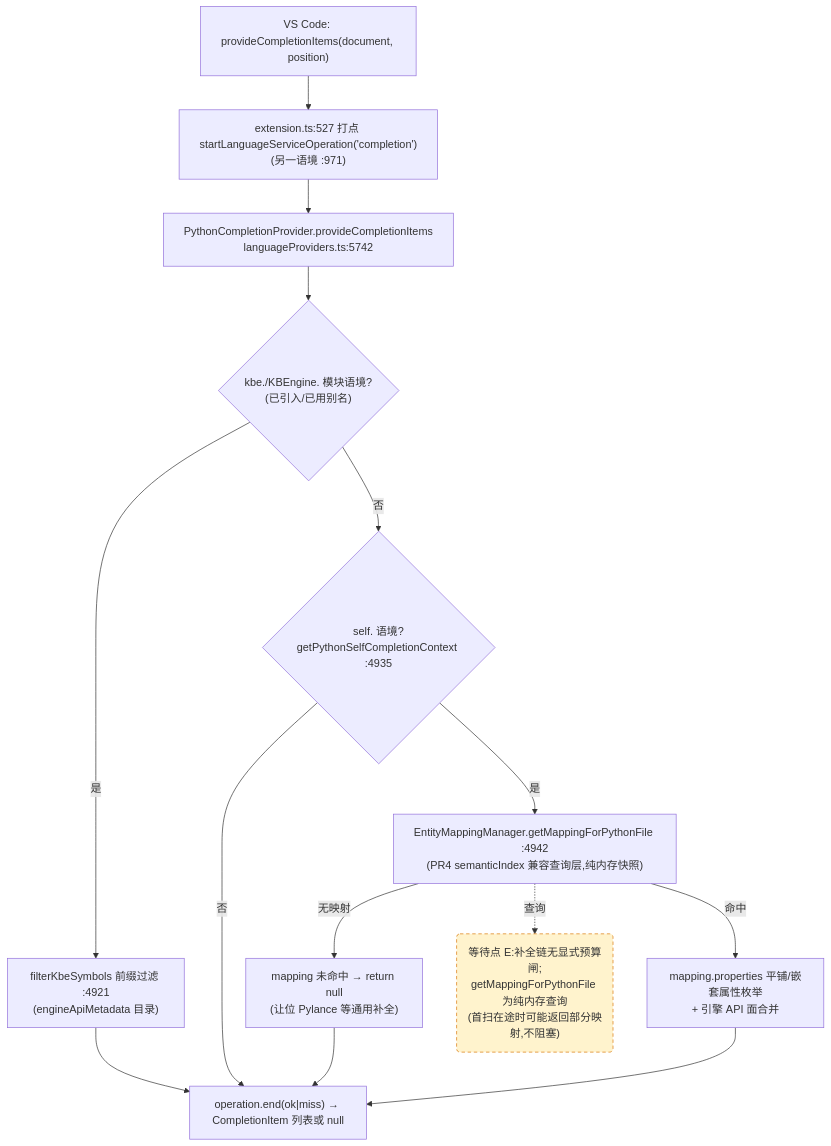
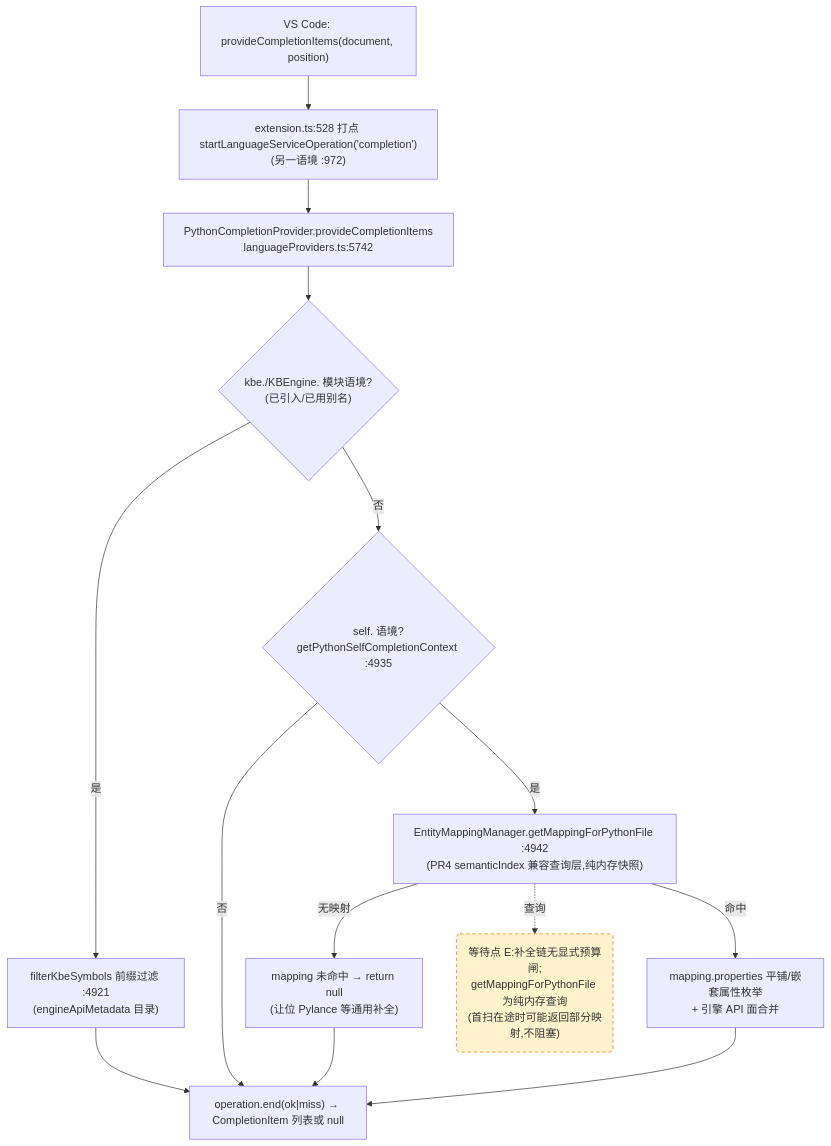
The third of 4 diagrams in docs/perf/2026-baseline.md (cuihairu/kode), drawn with Mermaid before and after one commit. The commit also changed other lines of this file and 12 other files, not shown here.

````diff
--- a/docs/perf/2026-baseline.md
+++ b/docs/perf/2026-baseline.md
@@ -184,27 +184,27 @@
 ```mermaid
 flowchart TD
   VC3["VS Code: provideCompletionItems(document, position)"]
-  M3["extension.ts:527 打点 startLanguageServiceOperation('completion')<br/>(另一语境 :971)"]
+  M3["extension.ts:528 打点 startLanguageServiceOperation('completion')<br/>(另一语境 :972)"]
   CP["PythonCompletionProvider.provideCompletionItems<br/>languageProviders.ts:5742"]
   KBEC{"kbe./KBEngine. 模块语境?<br/>(已引入/已用别名)"}
   FILTER["filterKbeSymbols 前缀过滤 :4921<br/>(engineApiMetadata 目录)"]
   SELFC{"self. 语境?<br/>getPythonSelfCompletionContext :4935"}
   MAP["EntityMappingManager.getMappingForPythonFile :4942<br/>(PR4 semanticIndex 兼容查询层,纯内存快照)"]
   NOMAP["mapping 未命中 → return null<br/>(让位 Pylance 等通用补全)"]
   PROPS["mapping.properties 平铺/嵌套属性枚举<br/>+ 引擎 API 面合并"]
   END3["operation.end(ok|miss) → CompletionItem 列表或 null"]
 
   VC3 --> M3 --> CP --> KBEC
   KBEC -- "是" --> FILTER --> END3
   KBEC -- "否" --> SELFC
   SELFC -- "否" --> END3
   SELFC -- "是" --> MAP
   MAP -- "无映射" --> NOMAP --> END3
   MAP -- "命中" --> PROPS --> END3
 
   WAITE("等待点 E:补全链无显式预算闸;<br/>getMappingForPythonFile 为纯内存查询<br/>(首扫在途时可能返回部分映射,不阻塞)")
   MAP -.->|查询| WAITE
 
   classDef waitPoint fill:#fff3cd,stroke:#d97706,stroke-dasharray:5 4;
   class WAITE waitPoint;
 ```
````
